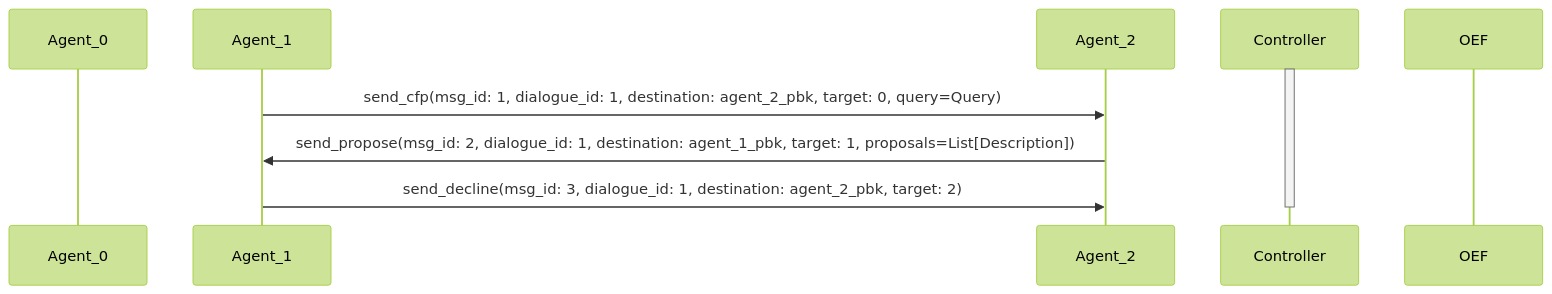
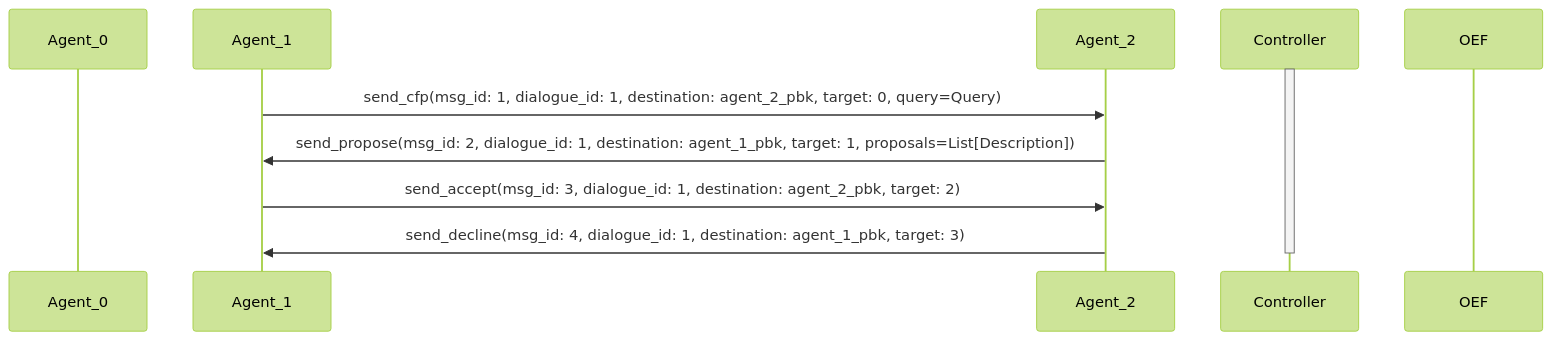
Before and after one commit to fetchai/agents-tac: the diagram in docs/_static/diagrams/fipa_negotiation_2.mmd, drawn with Mermaid (forest theme). The commit also changed 6 other files, not shown here.

```diff
--- a/docs/_static/diagrams/fipa_negotiation_2.mmd
+++ b/docs/_static/diagrams/fipa_negotiation_2.mmd
@@ -1,12 +1,13 @@
 sequenceDiagram
 	participant Agent_0
 	participant Agent_1
     participant Agent_2
     participant Controller
     participant OEF
 
     activate Controller
     Agent_1->>Agent_2: send_cfp(msg_id: 1, dialogue_id: 1, destination: agent_2_pbk, target: 0, query=Query)
     Agent_2->>Agent_1: send_propose(msg_id: 2, dialogue_id: 1, destination: agent_1_pbk, target: 1, proposals=List[Description])
-    Agent_1->>Agent_2: send_decline(msg_id: 3, dialogue_id: 1, destination: agent_2_pbk, target: 2)
+    Agent_1->>Agent_2: send_accept(msg_id: 3, dialogue_id: 1, destination: agent_2_pbk, target: 2)
+    Agent_2->>Agent_1: send_decline(msg_id: 4, dialogue_id: 1, destination: agent_1_pbk, target: 3)
     deactivate Controller
```
